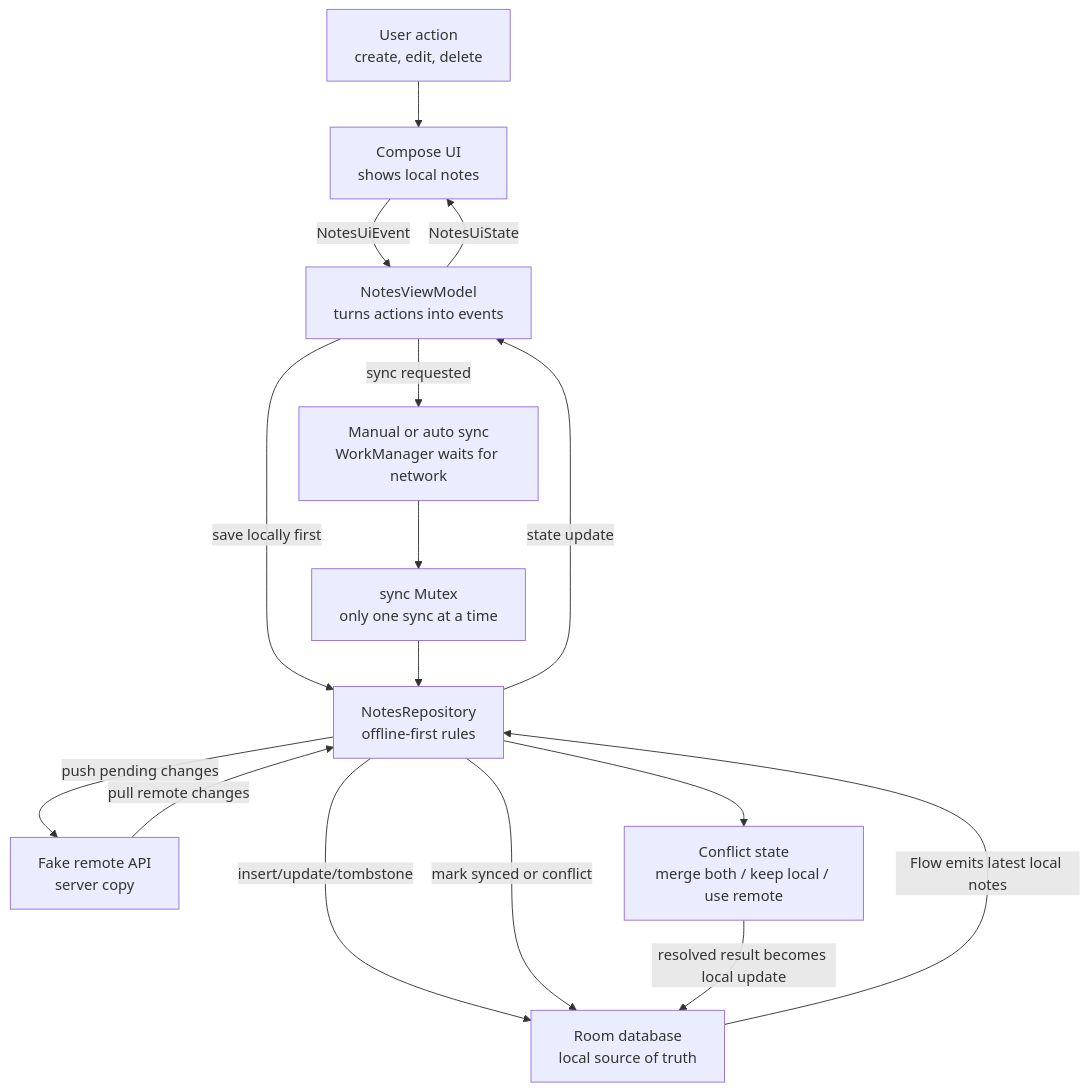
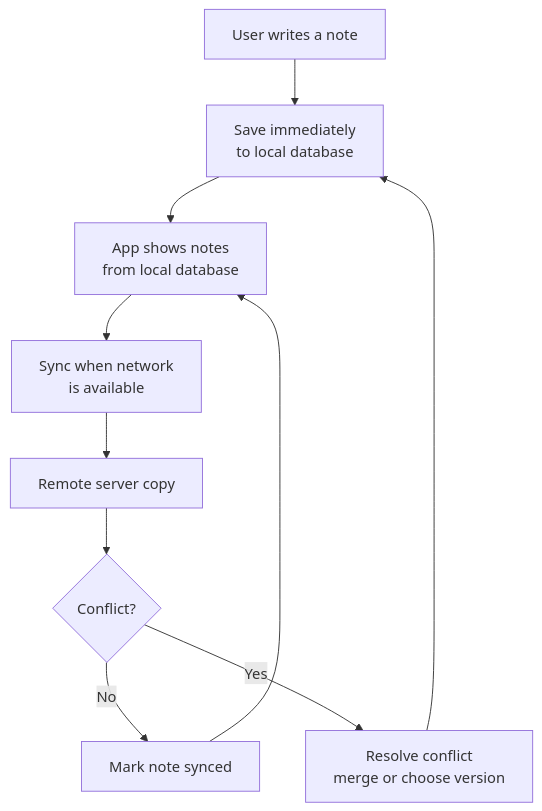
The diagram in README.md (venkata-ram/FieldNotes-OfflineFirstSystemDesign), drawn with Mermaid before and after one commit. The commit also changed other lines of this file, not shown here.

Commit message:
docs: simplify readme offline flow

````diff
--- a/README.md
+++ b/README.md
@@ -30,29 +30,21 @@
 ```mermaid
 flowchart TB
-    User["User action<br/>create, edit, delete"]
-    UI["Compose UI<br/>shows local notes"]
-    VM["NotesViewModel<br/>turns actions into events"]
-    Repo["NotesRepository<br/>offline-first rules"]
-    Room["Room database<br/>local source of truth"]
-    Sync["Manual or auto sync<br/>WorkManager waits for network"]
-    Mutex["sync Mutex<br/>only one sync at a time"]
-    Remote["Fake remote API<br/>server copy"]
-    Conflict["Conflict state<br/>merge both / keep local / use remote"]
+    A["User writes a note"]
+    B["Save immediately<br/>to local database"]
+    C["App shows notes<br/>from local database"]
+    D["Sync when network<br/>is available"]
+    E["Remote server copy"]
+    F{"Conflict?"}
+    G["Resolve conflict<br/>merge or choose version"]
+    H["Mark note synced"]
 
-    User --> UI
-    UI -->|NotesUiEvent| VM
-    VM -->|save locally first| Repo
-    Repo -->|insert/update/tombstone| Room
-    Room -->|Flow emits latest local notes| Repo
-    Repo -->|state update| VM
-    VM -->|NotesUiState| UI
-
-    VM -->|sync requested| Sync
-    Sync --> Mutex
-    Mutex --> Repo
-    Repo -->|push pending changes| Remote
-    Remote -->|pull remote changes| Repo
-    Repo -->|mark synced or conflict| Room
-    Repo --> Conflict
-    Conflict -->|resolved result becomes local update| Room
+    A --> B
+    B --> C
+    C --> D
+    D --> E
+    E --> F
+    F -->|No| H
+    F -->|Yes| G
+    G --> B
+    H --> C
 ```
````
